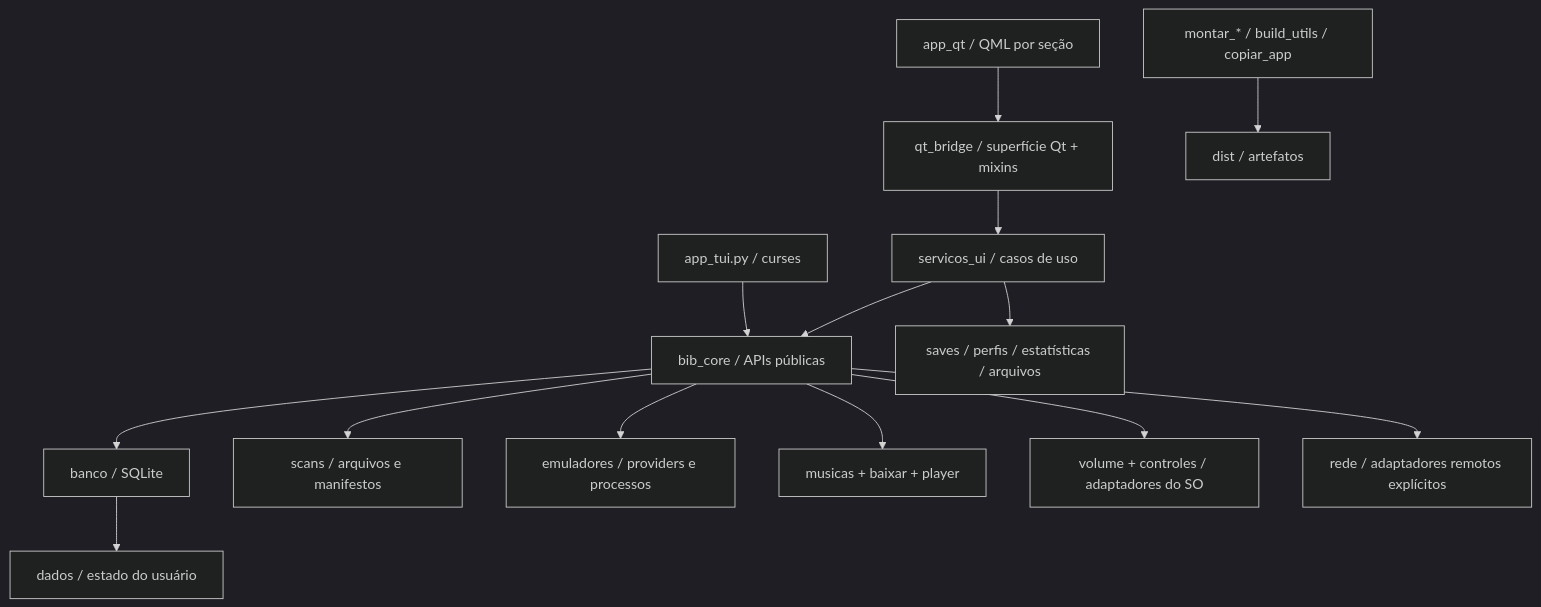
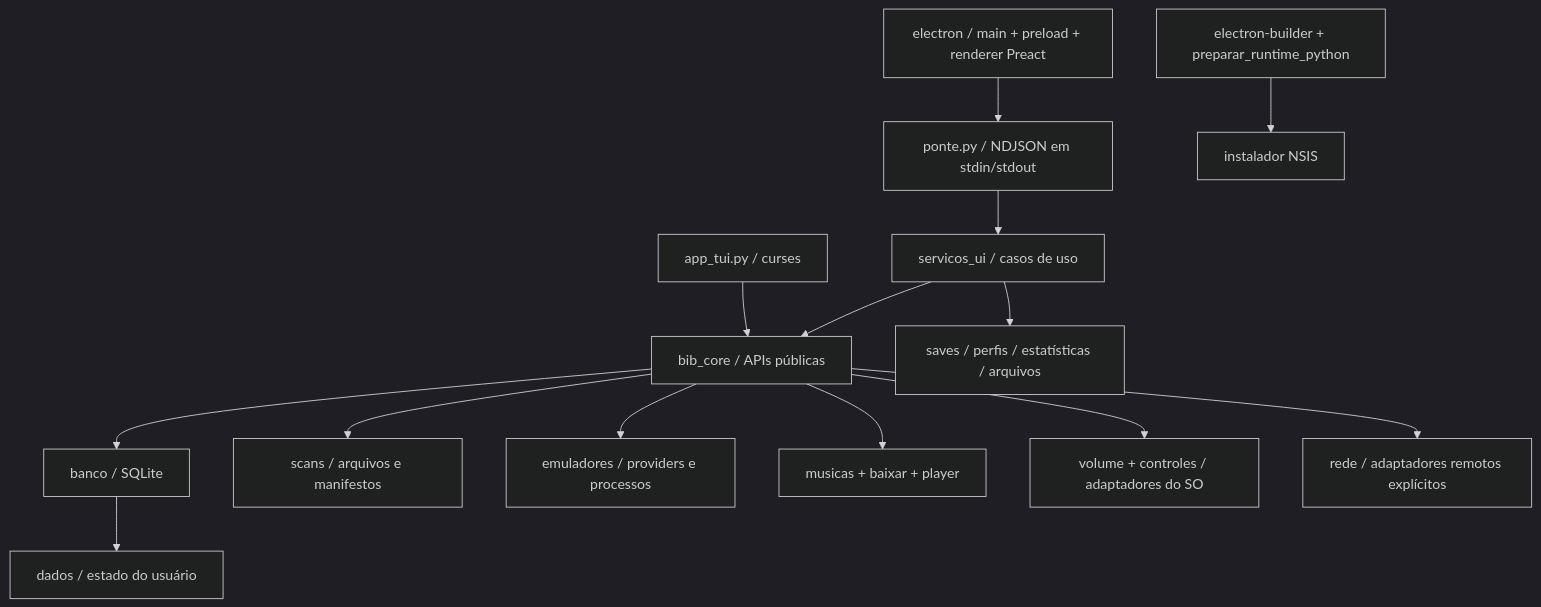
The diagram in docs/ARQUITETURA.md (Artur-Lucena/TucoTeca), drawn with Mermaid (dark theme) before and after one commit. The commit also changed other lines of this file and 47 other files, not shown here.

````diff
--- a/docs/ARQUITETURA.md
+++ b/docs/ARQUITETURA.md
@@ -5,16 +5,16 @@
 ```mermaid
 flowchart TD
-  Qt[app_qt / QML por seção] --> Bridge[qt_bridge / superfície Qt + mixins]
-  Bridge --> Services[servicos_ui / casos de uso]
+  Electron[electron / main + preload + renderer Preact] --> Ponte[ponte.py / NDJSON em stdin/stdout]
+  Ponte --> Services[servicos_ui / casos de uso]
   Services --> Compat[bib_core / APIs públicas]
   TUI[app_tui.py / curses] --> Compat
   Compat --> DB[banco / SQLite]
   Compat --> Scan[scans / arquivos e manifestos]
   Compat --> Emu[emuladores / providers e processos]
   Compat --> Music[musicas + baixar + player]
   Compat --> System[volume + controles / adaptadores do SO]
   Compat --> Network[rede / adaptadores remotos explícitos]
   Services --> Personal[saves / perfis / estatísticas / arquivos]
   DB --> Dados[dados / estado do usuário]
-  Builders[montar_* / build_utils / copiar_app] --> Dist[dist / artefatos]
+  Builder[electron-builder + preparar_runtime_python] --> Dist[instalador NSIS]
 ```
````
